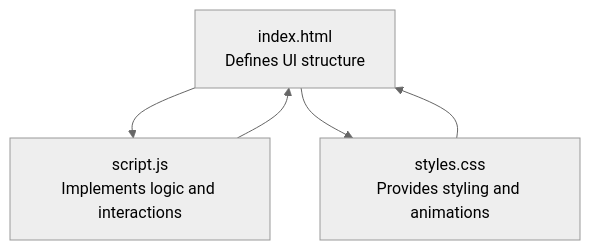
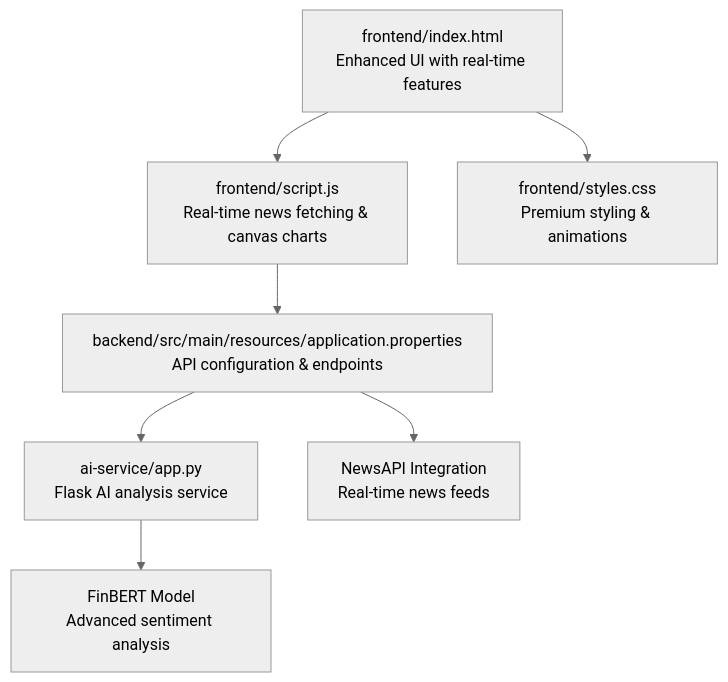
One commit to ayushtiwari1526/TheReinforcers_AyushTiwari changed the first of 10 diagrams in .qoder/repowiki/en/content/User Interface Components.md. Above: the diagram before and after it, drawn with Mermaid (neutral theme). The commit also changed other lines of this file and 21 other files, not shown here.

````diff
--- a/.qoder/repowiki/en/content/User Interface Components.md
+++ b/.qoder/repowiki/en/content/User Interface Components.md
@@ -31,7 +44,9 @@
 ```mermaid
 graph TB
-HTML["index.html<br/>Defines UI structure"] --> JS["script.js<br/>Implements logic and interactions"]
-HTML --> CSS["styles.css<br/>Provides styling and animations"]
-JS --> HTML
-CSS --> HTML
+Frontend["frontend/index.html<br/>Enhanced UI with real-time features"] --> JS["frontend/script.js<br/>Real-time news fetching & canvas charts"]
+Frontend --> CSS["frontend/styles.css<br/>Premium styling & animations"]
+JS --> Backend["backend/src/main/resources/application.properties<br/>API configuration & endpoints"]
+Backend --> AIService["ai-service/app.py<br/>Flask AI analysis service"]
+Backend --> NewsAPI["NewsAPI Integration<br/>Real-time news feeds"]
+AIService --> FinBERT["FinBERT Model<br/>Advanced sentiment analysis"]
 ```
````
